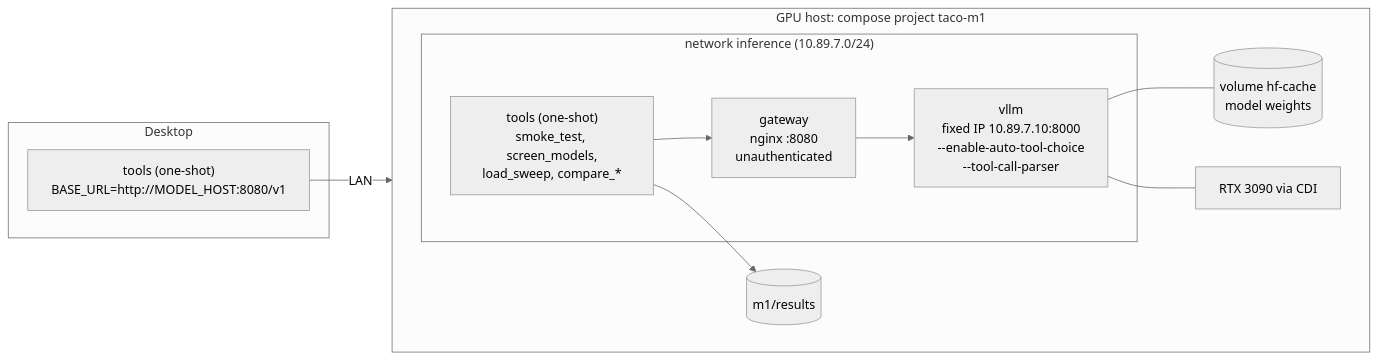
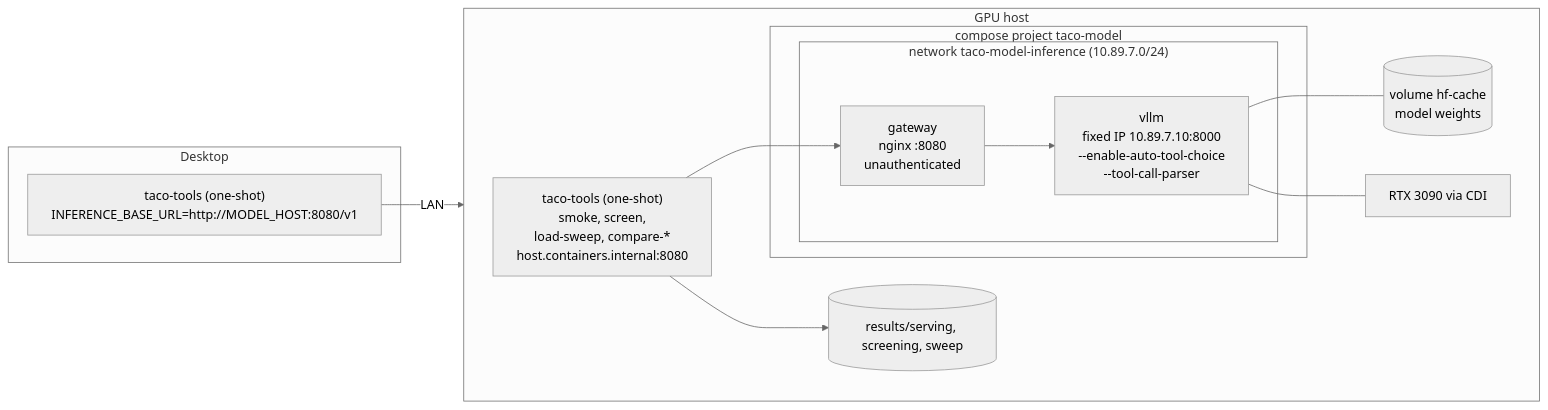
Before and after one commit to ned1313/Deploying-and-Operating-Small-Language-Model-Systems: the second of 10 diagrams in ARCHITECTURE.md, drawn with Mermaid (neutral theme). The commit also changed other lines of this file and 67 other files, not shown here.

````diff
--- a/ARCHITECTURE.md
+++ b/ARCHITECTURE.md
@@ -56,22 +71,24 @@
 ```mermaid
 flowchart LR
-    subgraph GPU["GPU host: compose project taco-m1"]
+    subgraph GPU["GPU host"]
         direction LR
-        subgraph Net["network inference (10.89.7.0/24)"]
-            GW["gateway<br/>nginx :8080<br/>unauthenticated"]
-            VLLM["vllm<br/>fixed IP 10.89.7.10:8000<br/>--enable-auto-tool-choice<br/>--tool-call-parser"]
-            Tools1["tools (one-shot)<br/>smoke_test, screen_models,<br/>load_sweep, compare_*"]
+        subgraph Model["compose project taco-model"]
+            subgraph Net["network taco-model-inference (10.89.7.0/24)"]
+                GW["gateway<br/>nginx :8080<br/>unauthenticated"]
+                VLLM["vllm<br/>fixed IP 10.89.7.10:8000<br/>--enable-auto-tool-choice<br/>--tool-call-parser"]
+            end
         end
+        Tools1["taco-tools (one-shot)<br/>smoke, screen,<br/>load-sweep, compare-*<br/>host.containers.internal:8080"]
         Cache[("volume hf-cache<br/>model weights")]
         GPUdev["RTX 3090 via CDI"]
-        Results1[("m1/results")]
+        Results1[("results/serving, screening, sweep")]
     end
     subgraph Desktop["Desktop"]
-        Tools1d["tools (one-shot)<br/>BASE_URL=http://MODEL_HOST:8080/v1"]
+        Tools1d["taco-tools (one-shot)<br/>INFERENCE_BASE_URL=http://MODEL_HOST:8080/v1"]
     end
     Tools1 --> GW --> VLLM
     Tools1d -- LAN --> GW
     VLLM --- Cache
     VLLM --- GPUdev
     Tools1 --> Results1
 ```
````
